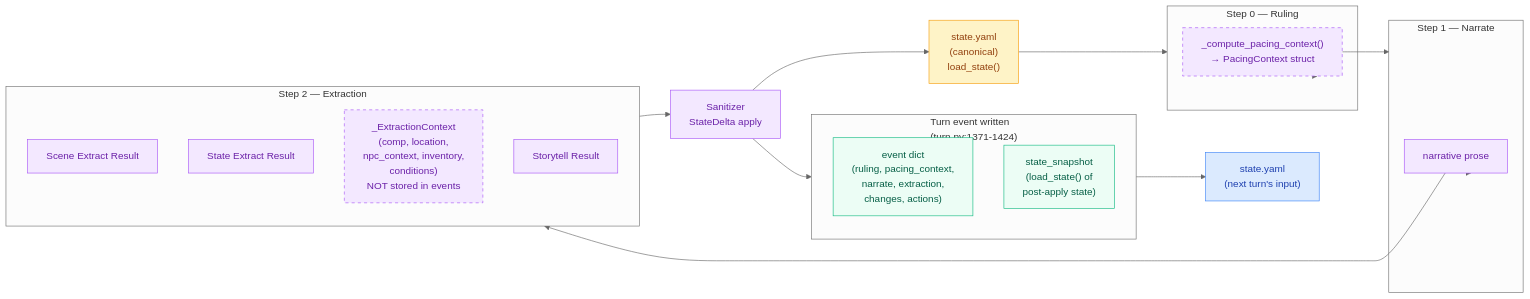
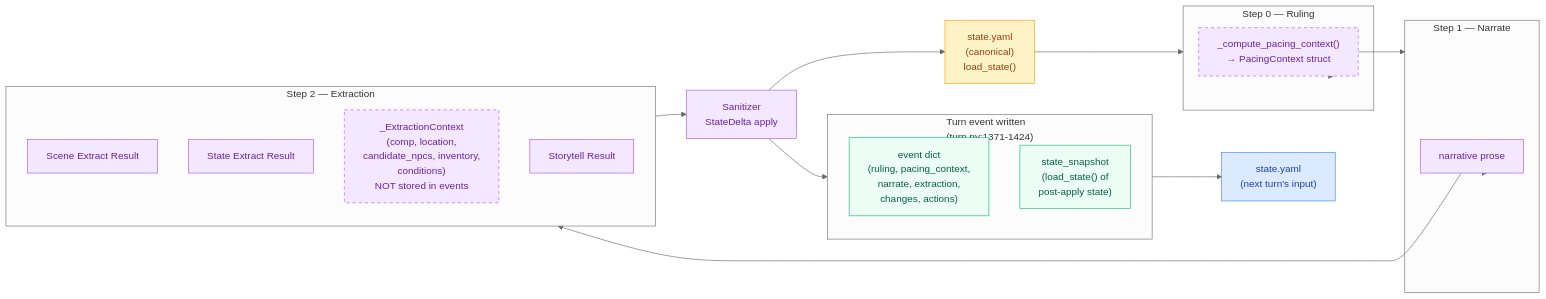
Before and after one commit to pww217/fablethread: the diagram in docs/ev/STATE-REFERENCE.md, drawn with Mermaid (neutral theme). The commit also changed other lines of this file and 15 other files, not shown here.

First line of the commit message:
GM Beat Overhaul: replace candidate_npc_ids+effect with candidate_npcs

````diff
--- a/docs/ev/STATE-REFERENCE.md
+++ b/docs/ev/STATE-REFERENCE.md
@@ -192,45 +192,45 @@
 ```mermaid
 flowchart LR
     classDef pre fill:#fef3c7,color:#92400e,stroke:#f59e0b
     classDef post fill:#dbeafe,color:#1e40af,stroke:#3b82f6
     classDef internal fill:#f3e8ff,color:#6b21a8,stroke:#a855f7
     classDef event fill:#ecfdf5,color:#065f46,stroke:#10b981
 
     STATE["state.yaml<br>(canonical)<br>load_state()"]:::pre
 
     subgraph STEP0["Step 0 — Ruling"]
         PC["_compute_pacing_context()<br>→ PacingContext struct"]:::internal
     end
 
     subgraph STEP1["Step 1 — Narrate"]
         NARR["narrative prose"]:::internal
     end
 
     subgraph STEP2["Step 2 — Extraction"]
         SCENE["Scene Extract Result"]:::internal
         STATE_EXT["State Extract Result"]:::internal
-        EXT_CTX["_ExtractionContext<br>(comp, location,<br>npc_context, inventory,<br>conditions)<br>NOT stored in events"]:::internal
+        EXT_CTX["_ExtractionContext<br>(comp, location,<br>candidate_npcs, inventory,<br>conditions)<br>NOT stored in events"]:::internal
         STORY["Storytell Result"]:::internal
     end
 
     SAN["Sanitizer<br>StateDelta apply"]:::internal
 
     subgraph PERSIST["Turn event written<br>(turn.py:1371-1424)"]
         EV["event dict<br>(ruling, pacing_context,<br>narrate, extraction,<br>changes, actions)"]:::event
         SS["state_snapshot<br>(load_state() of<br>post-apply state)"]:::event
     end
 
     STATE --> STEP0
     STEP0 --> PC
     PC --> STEP1
     STEP1 --> NARR
     NARR --> STEP2
     STEP2 --> SAN
     SAN --> PERSIST
     SAN --> STATE
 
     PERSIST --> STATE_NEXT["state.yaml<br>(next turn's input)"]:::post
 
     style EXT_CTX stroke-dasharray: 5 5
     style PC stroke-dasharray: 5 5
 ```
````
